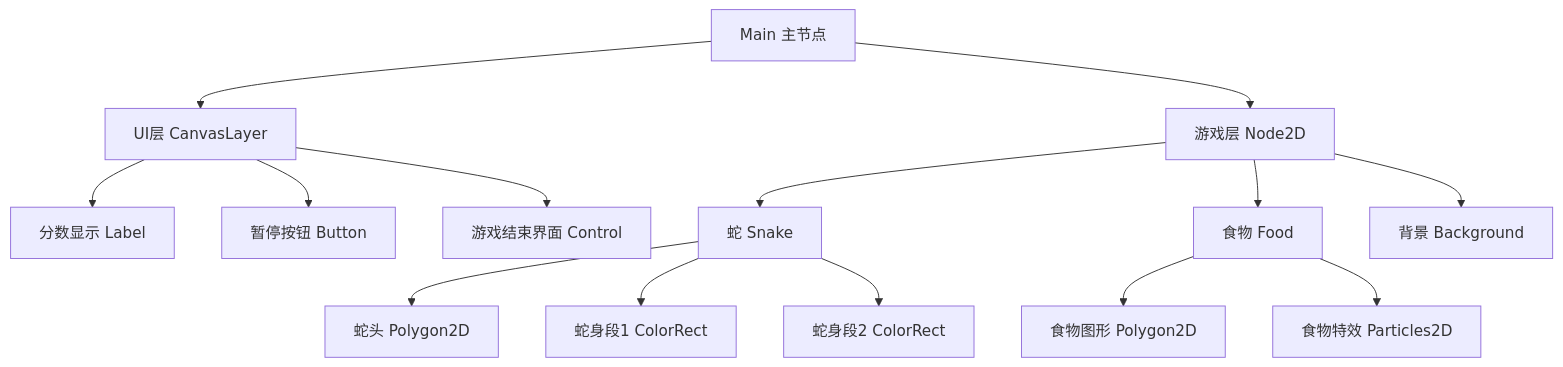
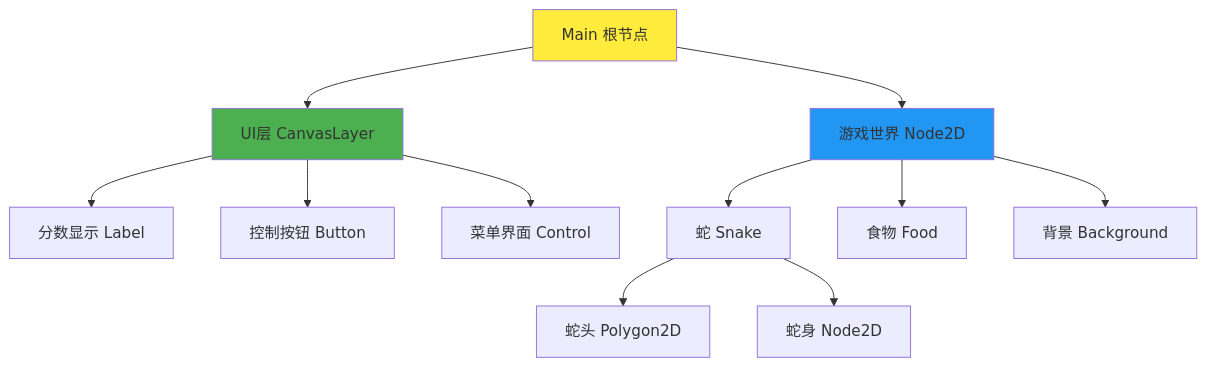
Before and after one commit to youjing-mz/snake: the fifth of 6 diagrams in 课时1-游戏设计与项目规划/README.md, drawn with Mermaid. The commit also changed other lines of this file and 8 other files, not shown here.

````diff
--- a/课时1-游戏设计与项目规划/README.md
+++ b/课时1-游戏设计与项目规划/README.md
@@ -166,20 +144,20 @@
 ```mermaid
 graph TD
-    A[Main 主节点] --> B[UI层 CanvasLayer]
-    A --> C[游戏层 Node2D]
+    A[Main 根节点] --> B[UI层 CanvasLayer]
+    A --> C[游戏世界 Node2D]
     
     B --> B1[分数显示 Label]
-    B --> B2[暂停按钮 Button]
-    B --> B3[游戏结束界面 Control]
+    B --> B2[控制按钮 Button]
+    B --> B3[菜单界面 Control]
     
     C --> C1[蛇 Snake]
     C --> C2[食物 Food]
     C --> C3[背景 Background]
     
     C1 --> C1A[蛇头 Polygon2D]
-    C1 --> C1B[蛇身段1 ColorRect]
-    C1 --> C1C[蛇身段2 ColorRect]
+    C1 --> C1B[蛇身 Node2D]
     
-    C2 --> C2A[食物图形 Polygon2D]
-    C2 --> C2B[食物特效 Particles2D]
+    style A fill:#ffeb3b
+    style B fill:#4caf50
+    style C fill:#2196f3
 ```
````
